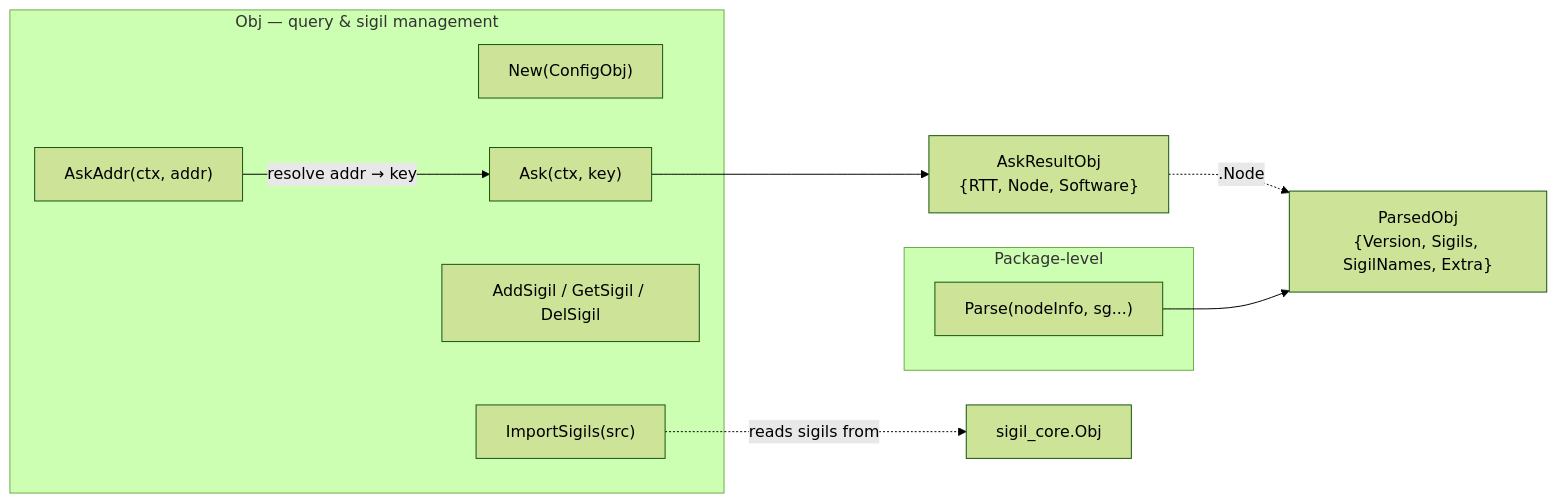
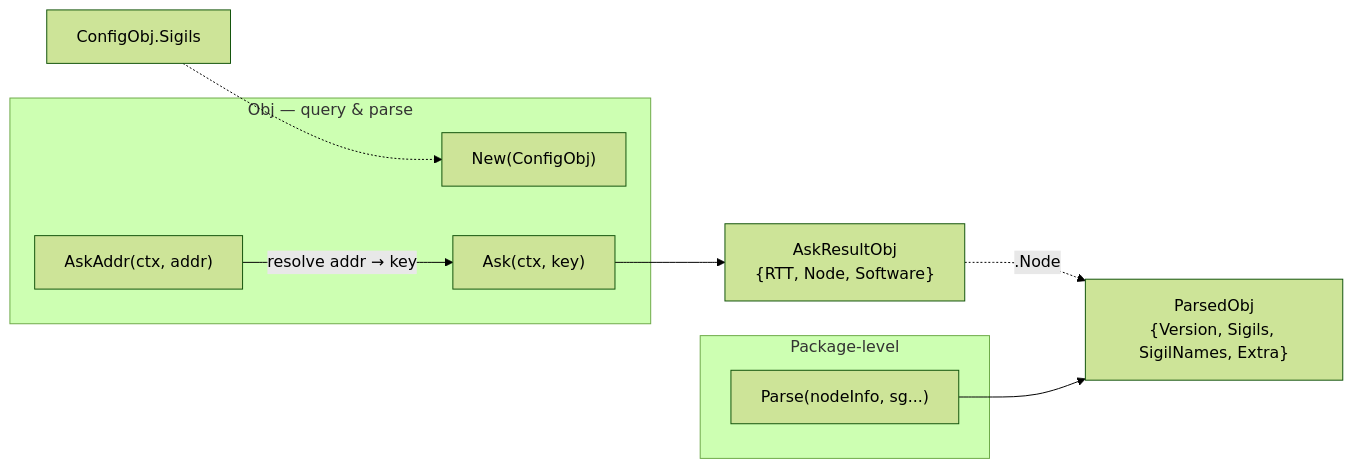
Before and after one commit to voluminor/ratatoskr: the first of 2 diagrams in mod/ninfo/README.md, drawn with Mermaid (forest theme). The commit also changed other lines of this file and 108 other files, not shown here.

````diff
--- a/mod/ninfo/README.md
+++ b/mod/ninfo/README.md
@@ -29,21 +27,19 @@
 ```mermaid
 flowchart LR
-    subgraph Obj["Obj — query & sigil management"]
+  subgraph Obj["Obj — query & parse"]
         New["New(ConfigObj)"]
         AskAddr["AskAddr(ctx, addr)"]
         Ask["Ask(ctx, key)"]
-        AddSigil["AddSigil / GetSigil / DelSigil"]
-        ImportSigils["ImportSigils(src)"]
     end
 
     subgraph Free["Package-level"]
         Parse["Parse(nodeInfo, sg...)"]
     end
 
     AskAddr -->|"resolve addr → key"| Ask
     Ask --> AskResult["AskResultObj\n{RTT, Node, Software}"]
   AskResult -.->|" .Node "| ParsedObj["ParsedObj\n{Version, Sigils, SigilNames, Extra}"]
-  ImportSigils -.->|" reads sigils from "| SC["sigil_core.Obj"]
+  ConfigSigils["ConfigObj.Sigils"] -.-> New
 
     Parse --> ParsedObj
 ```
````
